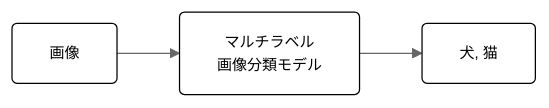
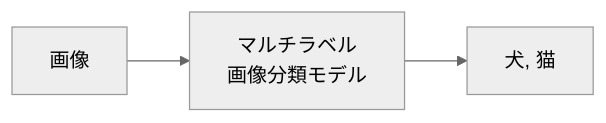
Before and after one commit to SatakeYusuke19920527/zenn: the sixth of 8 diagrams in articles/azure_ml_intro.md, drawn with Mermaid (neutral theme). The commit also changed other lines of this file, not shown here.

````diff
--- a/articles/azure_ml_intro.md
+++ b/articles/azure_ml_intro.md
@@ -102,6 +100,4 @@
 ```mermaid
 flowchart LR
     img2[画像] --> cls2[マルチラベル<br/>画像分類モデル] --> lbl2[犬, 猫]
-    classDef nodeStyle fill:#fff,stroke:#000,rx:4,ry:4,font-size:12px;
-    class img2,cls2,lbl2 nodeStyle
 ```
````
